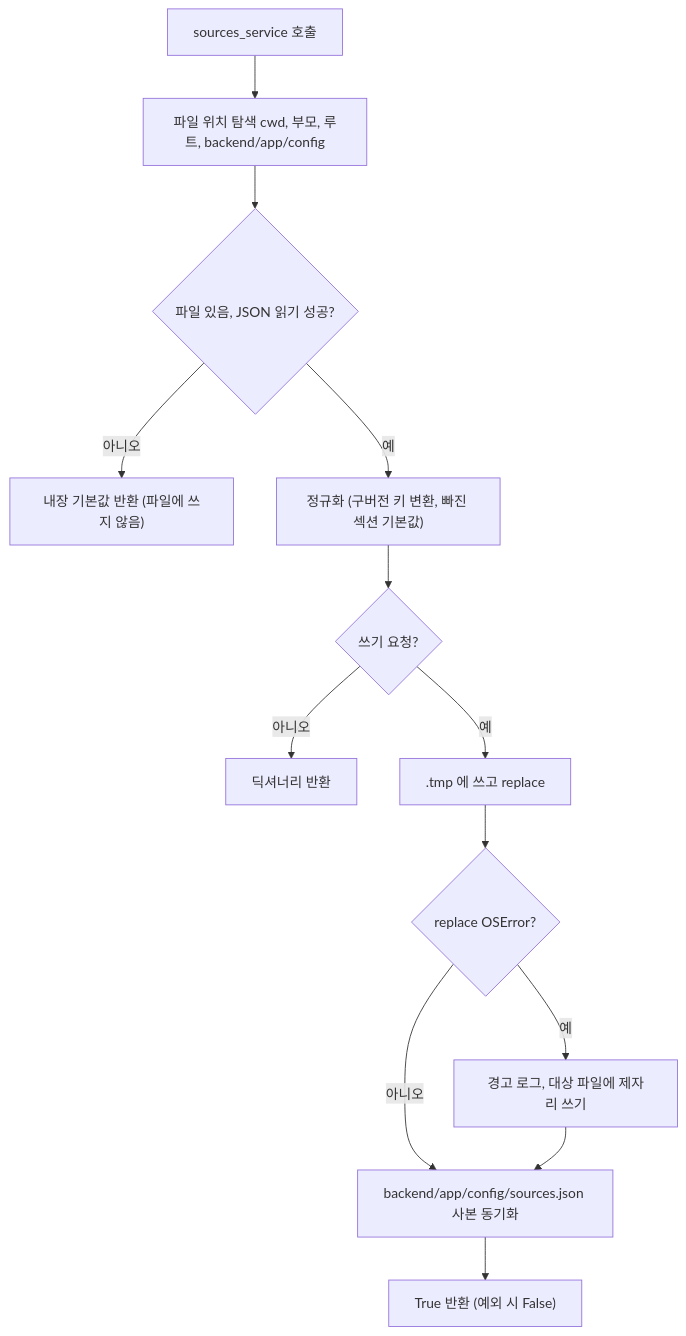
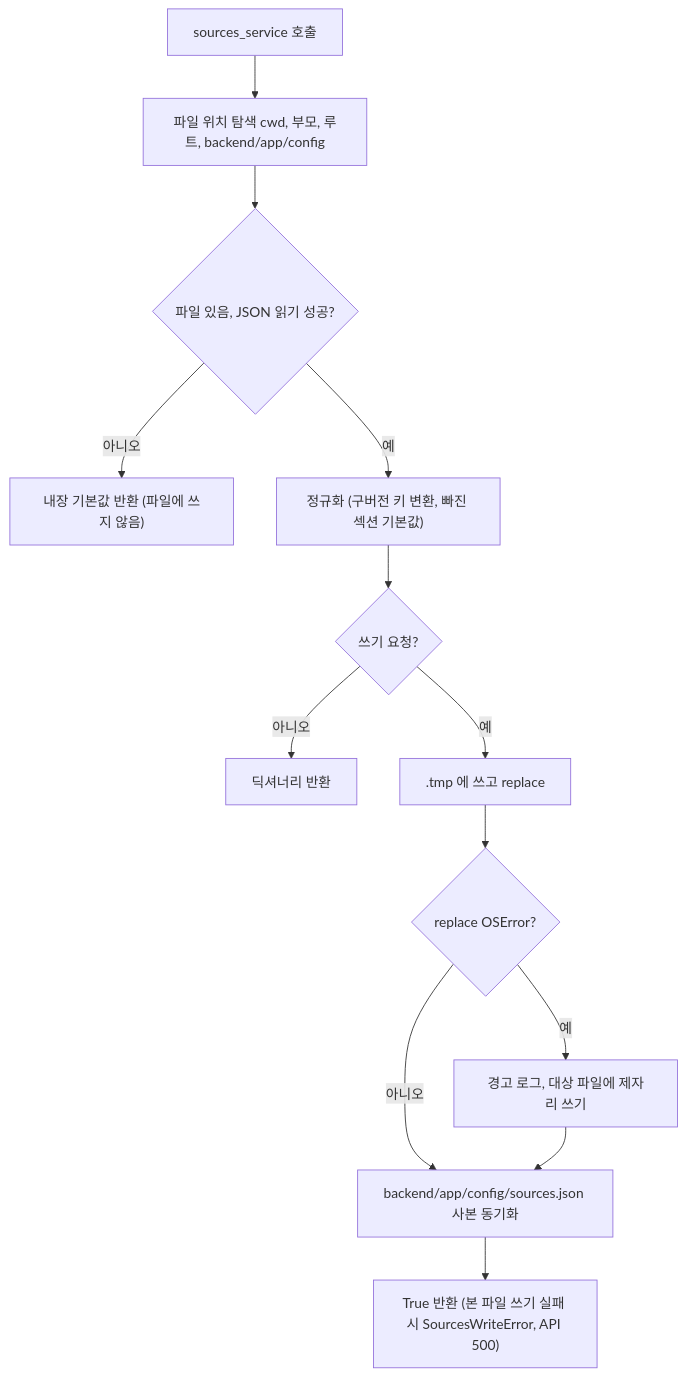
Before and after one commit to ozplayground/agent-lens: the first of 14 diagrams in docs/spec-writer/fsd/05_SOURCES_AND_RESEARCH_SPECIFICATION.md, drawn with Mermaid. The commit also changed other lines of this file and 216 other files, not shown here.

````diff
--- a/docs/spec-writer/fsd/05_SOURCES_AND_RESEARCH_SPECIFICATION.md
+++ b/docs/spec-writer/fsd/05_SOURCES_AND_RESEARCH_SPECIFICATION.md
@@ -81,15 +82,15 @@
 ```mermaid
 flowchart TD
     A["sources_service 호출"] --> B["파일 위치 탐색 cwd, 부모, 루트, backend/app/config"]
     B --> C{"파일 있음, JSON 읽기 성공?"}
     C -->|아니오| D["내장 기본값 반환 (파일에 쓰지 않음)"]
     C -->|예| E["정규화 (구버전 키 변환, 빠진 섹션 기본값)"]
     E --> F{"쓰기 요청?"}
     F -->|아니오| G["딕셔너리 반환"]
     F -->|예| H[".tmp 에 쓰고 replace"]
     H --> I{"replace OSError?"}
     I -->|예| J["경고 로그, 대상 파일에 제자리 쓰기"]
     I -->|아니오| K["backend/app/config/sources.json 사본 동기화"]
     J --> K
-    K --> L["True 반환 (예외 시 False)"]
+    K --> L["True 반환 (본 파일 쓰기 실패 시 SourcesWriteError, API 500)"]
 ```
````
